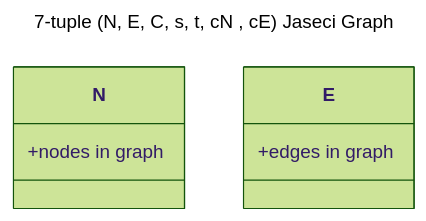
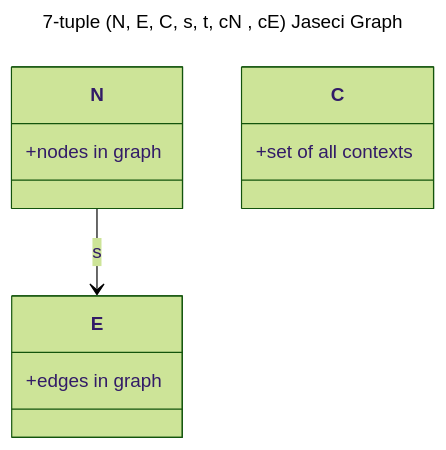
The diagram in README.md (WrappedUsername/jaseci-ninja-notes), drawn with Mermaid (forest theme) before and after one commit.

````diff
--- a/README.md
+++ b/README.md
@@ -36,12 +36,16 @@
 ```mermaid
 ---
 title: 7-tuple (N, E, C, s, t, cN , cE) Jaseci Graph
 ---
 classDiagram
+  N --> E : s  
   class N{
     +nodes in graph
   }
   class E{
     +edges in graph
   }
+  class C{
+    +set of all contexts
+  }
 ```
````
